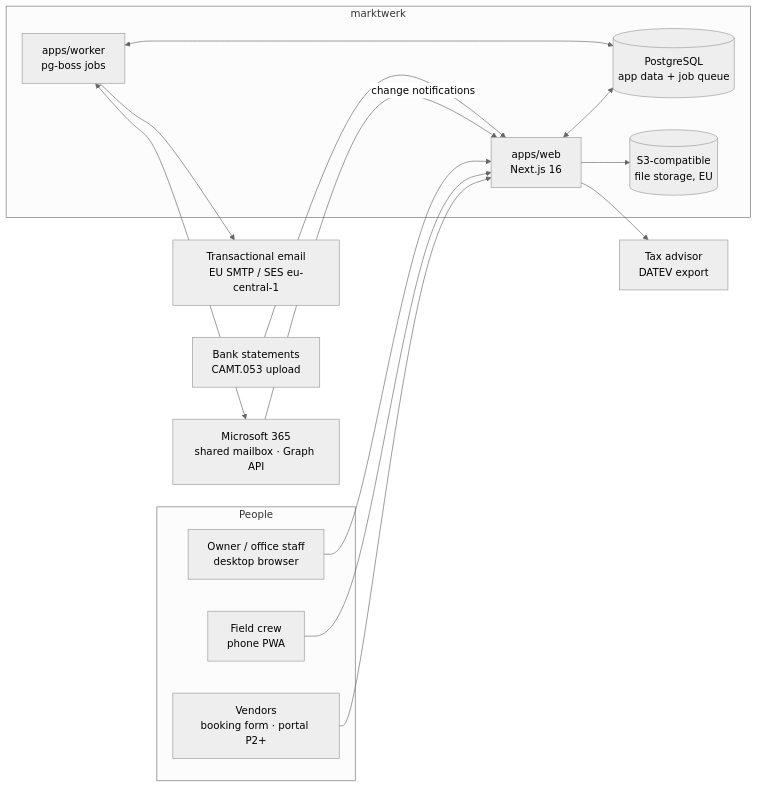
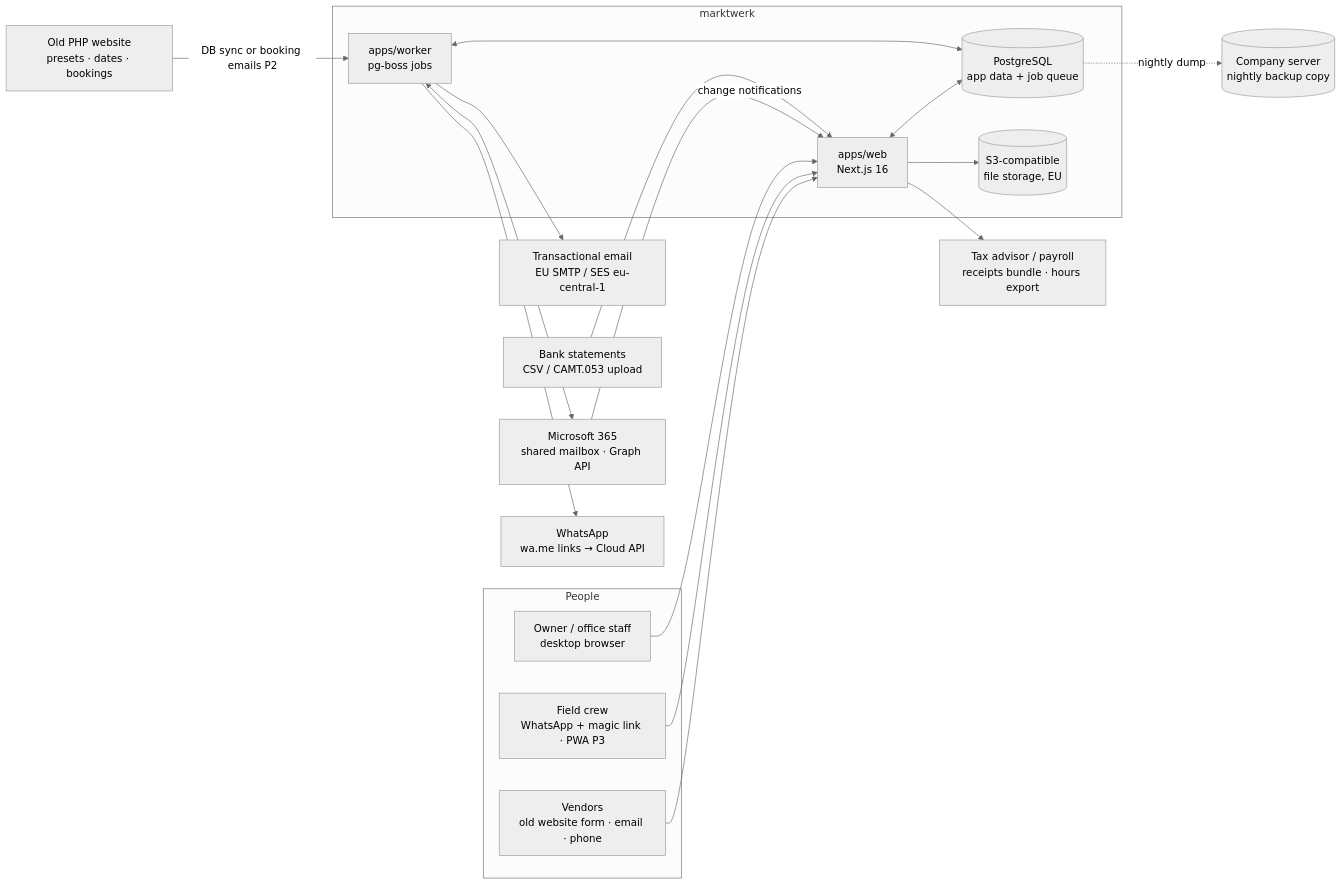
One commit to coelln-konzept/marktwerk changed the diagram in docs/architecture/overview.md. Above: the diagram before and after it, drawn with Mermaid (neutral theme). The commit also changed other lines of this file and 36 other files, not shown here.

````diff
--- a/docs/architecture/overview.md
+++ b/docs/architecture/overview.md
@@ -5,28 +5,34 @@
 ```mermaid
 flowchart LR
     subgraph People
       O[Owner / office staff<br/>desktop browser]
-      F[Field crew<br/>phone PWA]
-      V[Vendors<br/>booking form · portal P2+]
+      F[Field crew<br/>WhatsApp + magic link · PWA P3]
+      V[Vendors<br/>old website form · email · phone]
     end
     subgraph marktwerk
       WEB[apps/web<br/>Next.js 16]
       WRK[apps/worker<br/>pg-boss jobs]
       DB[(PostgreSQL<br/>app data + job queue)]
       FS[(S3-compatible<br/>file storage, EU)]
     end
     M365[Microsoft 365<br/>shared mailbox · Graph API]
     SMTP[Transactional email<br/>EU SMTP / SES eu-central-1]
-    BANK[Bank statements<br/>CAMT.053 upload]
-    ACC[Tax advisor<br/>DATEV export]
+    BANK[Bank statements<br/>CSV / CAMT.053 upload]
+    ACC[Tax advisor / payroll<br/>receipts bundle · hours export]
+    WA[WhatsApp<br/>wa.me links → Cloud API]
+    OLD[Old PHP website<br/>presets · dates · bookings]
+    NAS[(Company server<br/>nightly backup copy)]
 
     O & F & V --> WEB
     WEB <--> DB
     WRK <--> DB
     WEB --> FS
     WRK --> SMTP
     WRK <--> M365
     M365 -->|change notifications| WEB
     BANK --> WEB
     WEB --> ACC
+    WRK --> WA
+    OLD -->|DB sync or booking emails P2| WRK
+    DB -.->|nightly dump| NAS
 ```
````
